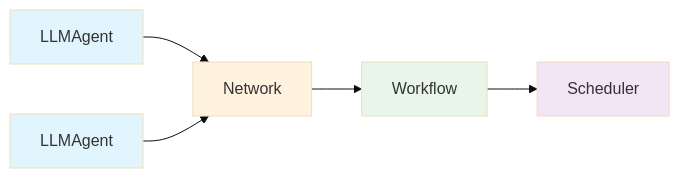
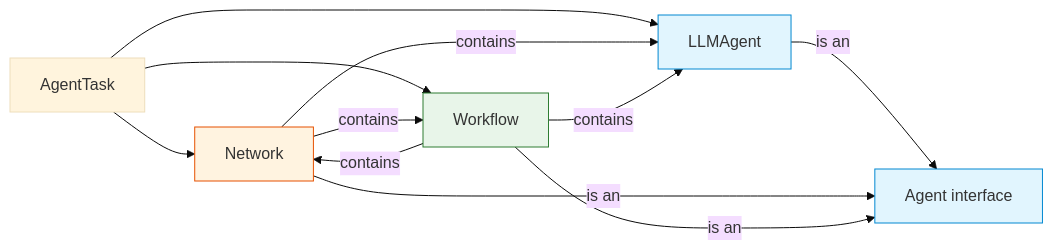
The third of 9 diagrams in docs/index.md (nevindra/oasis), drawn with Mermaid (base theme) before and after one commit. The commit also changed other lines of this file and 25 other files, not shown here.

````diff
--- a/docs/index.md
+++ b/docs/index.md
@@ -13,13 +145,20 @@
 ```mermaid
 graph LR
-    A[LLMAgent] --> C[Network]
-    B[LLMAgent] --> C
-    C --> D[Workflow]
-    D --> E[Scheduler]
+    TASK["AgentTask"] --> A["LLMAgent"]
+    TASK --> N["Network"]
+    TASK --> W["Workflow"]
 
-    style A fill:#e1f5fe
-    style B fill:#e1f5fe
-    style C fill:#fff3e0
-    style D fill:#e8f5e9
-    style E fill:#f3e5f5
+    A -->|"is an"| IFACE["Agent interface"]
+    N -->|"is an"| IFACE
+    W -->|"is an"| IFACE
+
+    N -->|"contains"| A
+    W -->|"contains"| A
+    W -->|"contains"| N
+    N -->|"contains"| W
+
+    style IFACE fill:#e1f5fe,stroke:#0288d1
+    style A fill:#e1f5fe,stroke:#0288d1
+    style N fill:#fff3e0,stroke:#e65100
+    style W fill:#e8f5e9,stroke:#2e7d32
 ```
````
